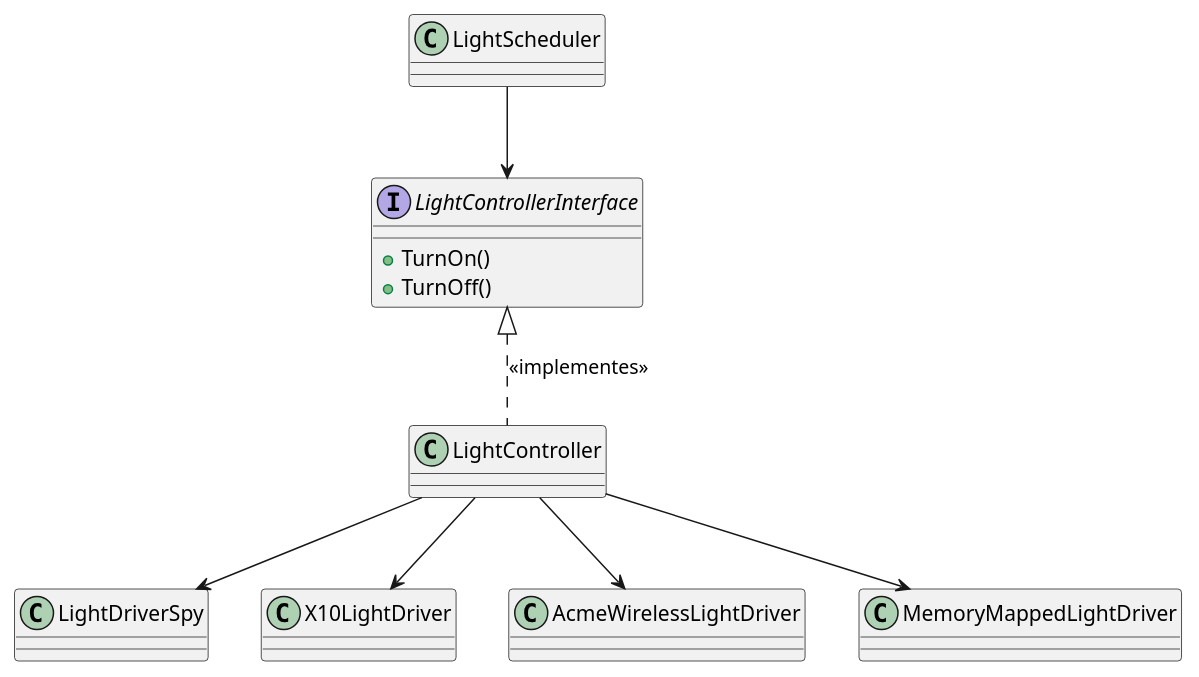
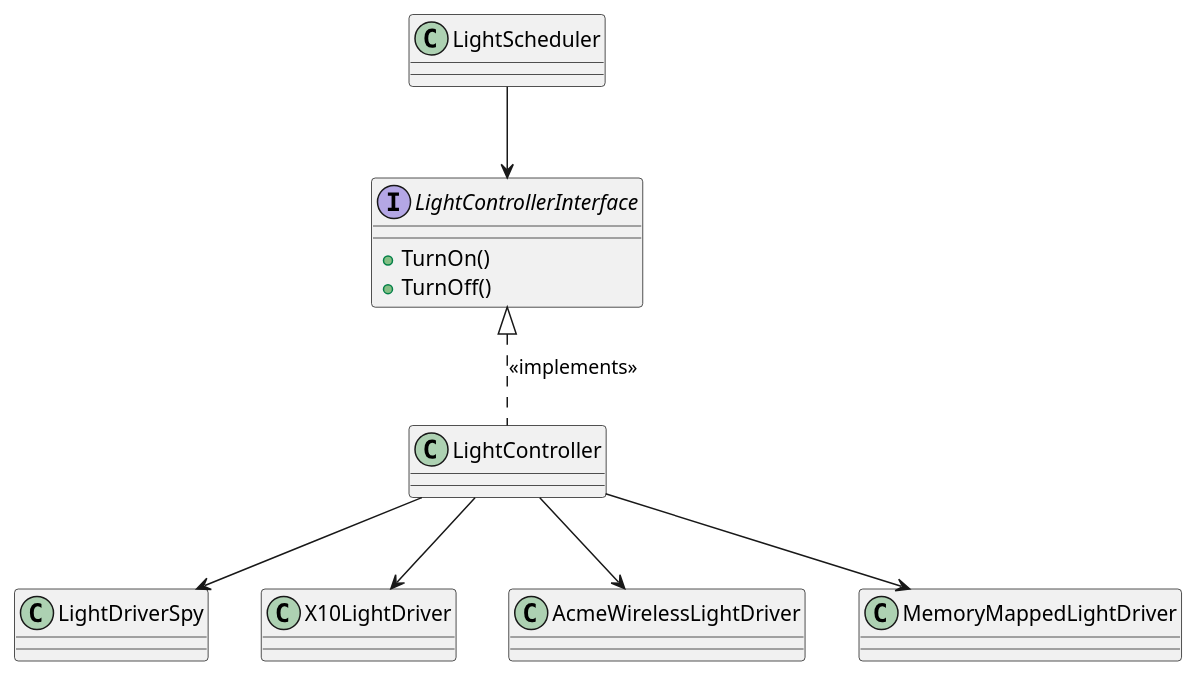
Before and after one commit to tomoyuki-nakabayashi/TDDforEmbeddedC_SolidDesign: the first of 2 diagrams in doc/solid_design.md, drawn with PlantUML. The commit also changed other lines of this file and 2 other files, not shown here.

````diff
--- a/doc/solid_design.md
+++ b/doc/solid_design.md
@@ -1,35 +1,35 @@
 ```puml
 @startuml
 
 class LightScheduler {
 }
 
 interface LightControllerInterface {
   + TurnOn()
   + TurnOff()
 }
 
 class LightController {
 }
 
 class LightDriverSpy {
 }
 
 class X10LightDriver {
 }
 
 class AcmeWirelessLightDriver {
 }
 
 class MemoryMappedLightDriver {
 }
 
 LightScheduler --> LightControllerInterface
-LightControllerInterface <|.. LightController:<<implementes>>
+LightControllerInterface <|.. LightController:<<implements>>
 LightController --> LightDriverSpy
 LightController --> X10LightDriver
 LightController --> AcmeWirelessLightDriver
 LightController --> MemoryMappedLightDriver
 
 @enduml
 ```
````
